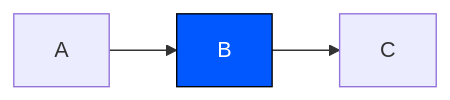
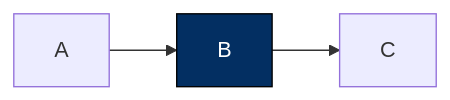
Before and after one commit to therealproblem/agent-team: the diagram in .pi/skills/present-interactive/SKILL.md, drawn with Mermaid. The commit also changed other lines of this file and 3 other files, not shown here.

First line of the commit message:
present-interactive: swap accent to dark-navy, fix code/table/diagram contrast

````diff
--- a/.pi/skills/present-interactive/SKILL.md
+++ b/.pi/skills/present-interactive/SKILL.md
@@ -175,6 +178,6 @@
 ```mermaid
 flowchart LR
     A --> B --> C
-    classDef accent fill:#0058fe,stroke:#000000,color:#ffffff
+    classDef accent fill:#032F62,stroke:#000000,color:#ffffff
     class B accent
 ```
````
